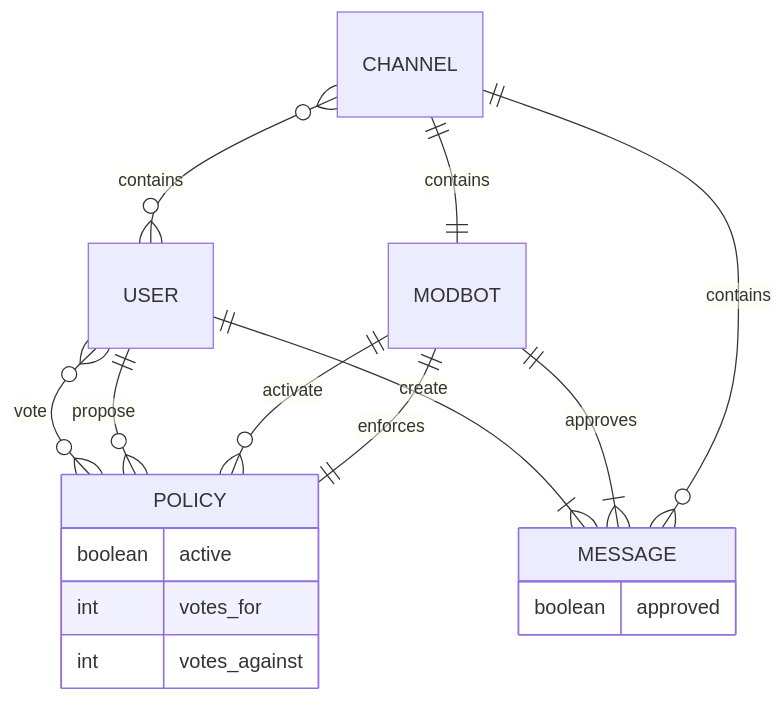
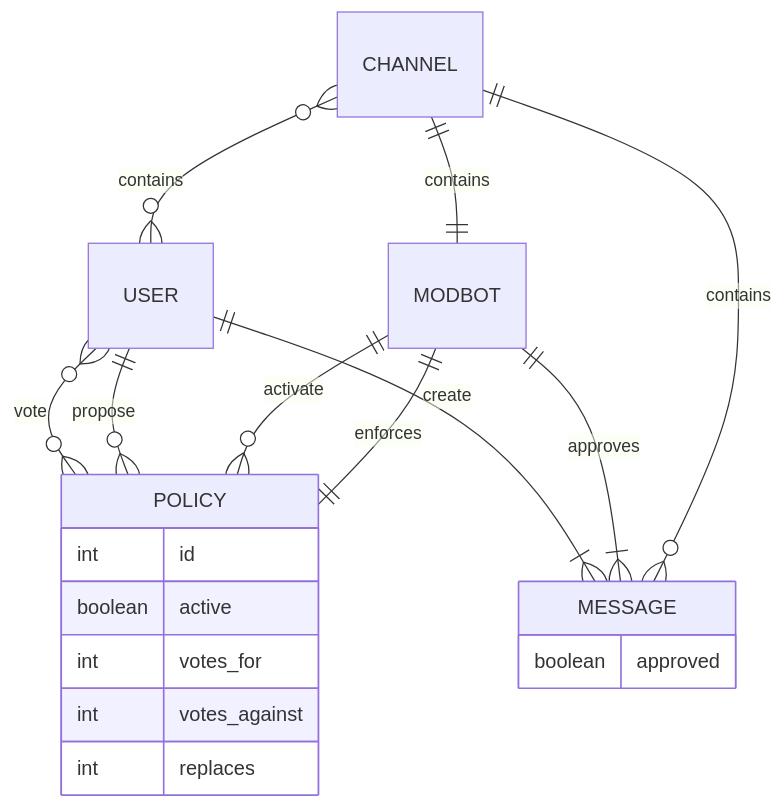
The first of 4 diagrams in DesignPattern.md (bgrayburn/Evolutionary-Collective-Moderation-Design-Pattern), drawn with Mermaid before and after one commit. The commit also changed other lines of this file, not shown here.

````diff
--- a/DesignPattern.md
+++ b/DesignPattern.md
@@ -33,22 +32,24 @@
 ```mermaid
 erDiagram
   accTitle: Evolution Collective Moderation Entity Relationship Diagram
 MESSAGE {
   boolean approved
 }
 POLICY {
+  int id
   boolean active
   int votes_for
   int votes_against
+  int replaces
 }
 CHANNEL }o--o{ USER : contains
 CHANNEL ||--o{ MESSAGE : contains
 MODBOT ||--|| POLICY : enforces
 MODBOT ||--|{ MESSAGE : approves
 MODBOT ||--o{ POLICY : activate
 USER ||--o{ POLICY : propose
 USER }o--o{ POLICY : vote
 USER ||--|{ MESSAGE : create
 
 CHANNEL ||--|| MODBOT : contains
 ```
````
